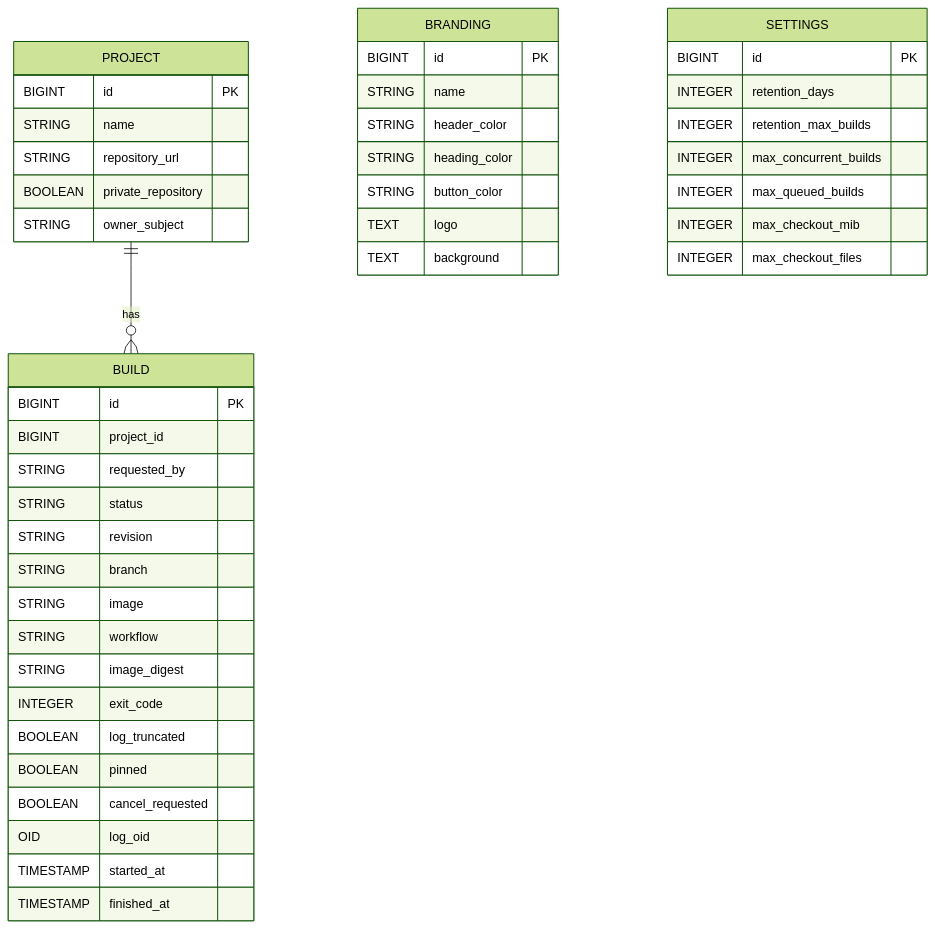
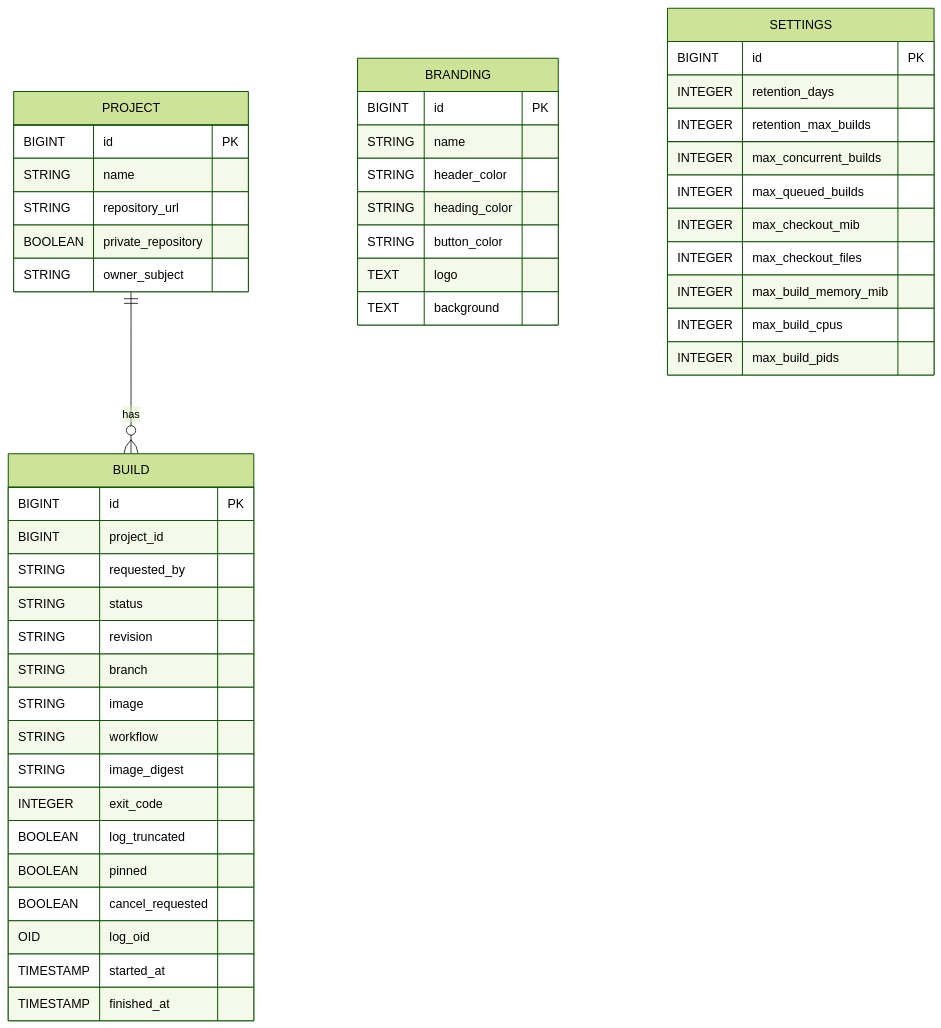
Before and after one commit to Mohamed-Alkafory/cisys: the diagram in docs/manual/en/72-architecture.md, drawn with Mermaid (forest theme). The commit also changed 15 other files, not shown here.

````diff
--- a/docs/manual/en/72-architecture.md
+++ b/docs/manual/en/72-architecture.md
@@ -31,51 +31,54 @@
 ```mermaid
 erDiagram
     PROJECT {
         BIGINT id PK
         STRING name
         STRING repository_url
         BOOLEAN private_repository
         STRING owner_subject
     }
 
     BUILD {
         BIGINT id PK
         BIGINT project_id
         STRING requested_by
         STRING status
         STRING revision
         STRING branch
         STRING image
         STRING workflow
         STRING image_digest
         INTEGER exit_code
         BOOLEAN log_truncated
         BOOLEAN pinned
         BOOLEAN cancel_requested
         OID log_oid
         TIMESTAMP started_at
         TIMESTAMP finished_at
     }
 
     BRANDING {
         BIGINT id PK
         STRING name
         STRING header_color
         STRING heading_color
         STRING button_color
         TEXT logo
         TEXT background
     }
 
     SETTINGS {
         BIGINT id PK
         INTEGER retention_days
         INTEGER retention_max_builds
         INTEGER max_concurrent_builds
         INTEGER max_queued_builds
         INTEGER max_checkout_mib
         INTEGER max_checkout_files
+        INTEGER max_build_memory_mib
+        INTEGER max_build_cpus
+        INTEGER max_build_pids
     }
 
     PROJECT ||--o{ BUILD : has
 ```
````
